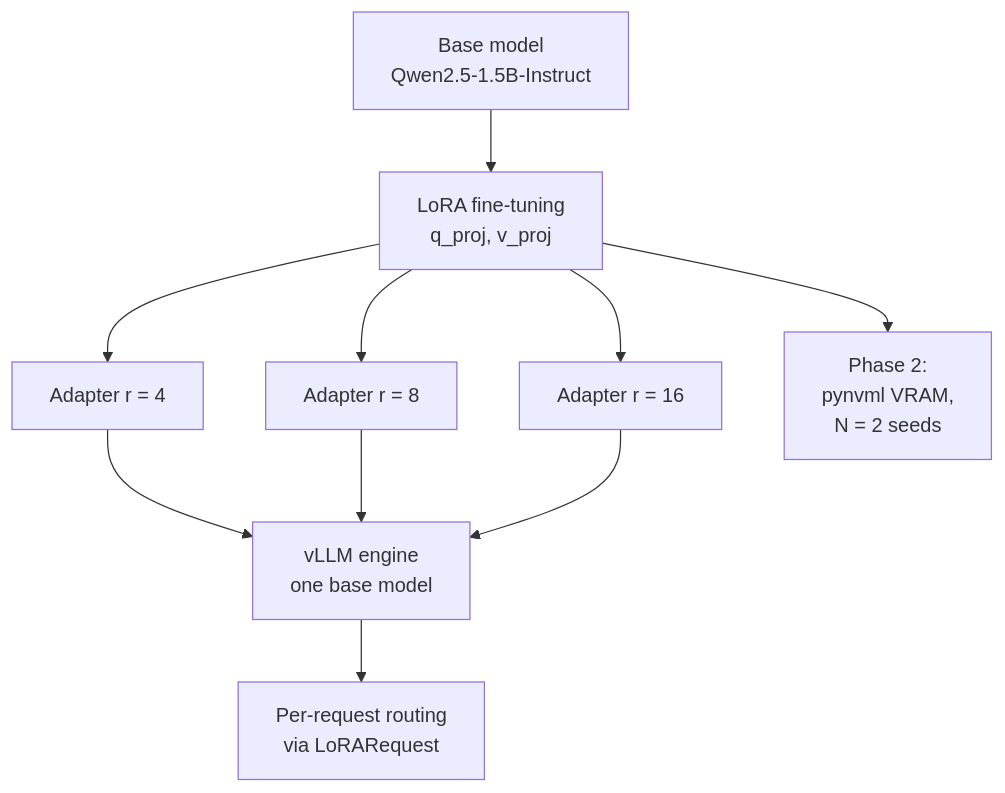
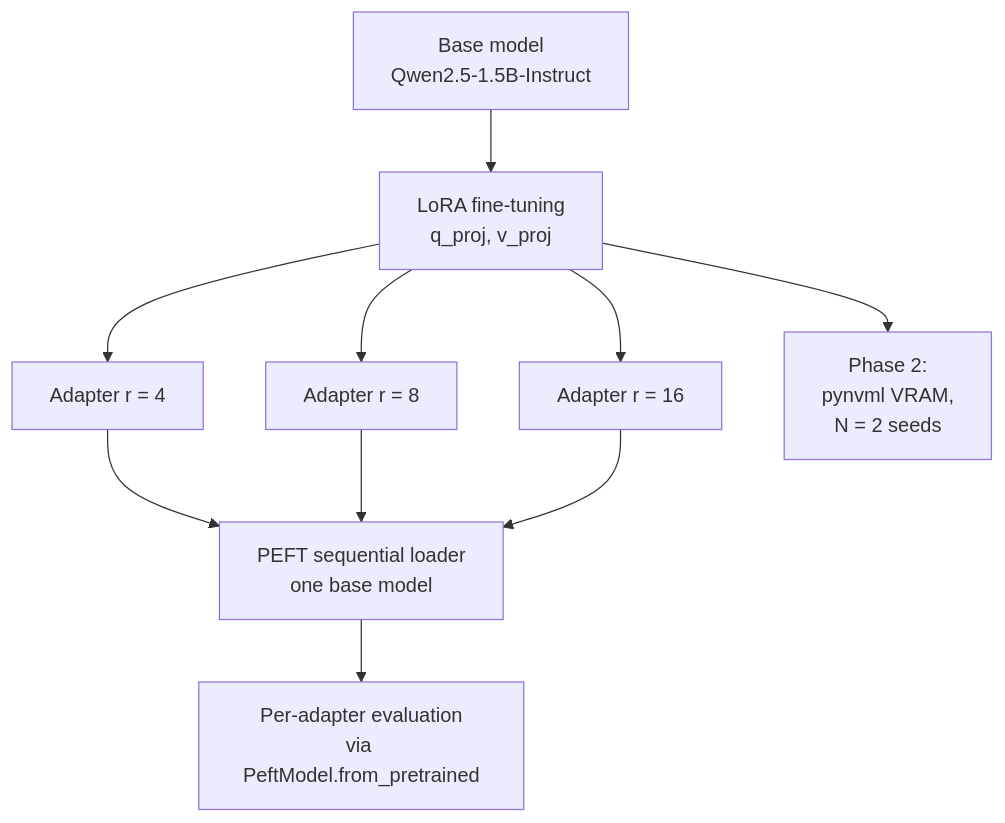
One commit to adriennie/vllm-lora-extension changed the diagram in README.md. Above: the diagram before and after it, drawn with Mermaid. The commit also changed other lines of this file, not shown here.

Commit message:
Update README for multi-adapter evaluation changes

````diff
--- a/README.md
+++ b/README.md
@@ -46,12 +45,12 @@
 ```mermaid
 flowchart TD
     A["Base model<br/>Qwen2.5-1.5B-Instruct"] --> B["LoRA fine-tuning<br/>q_proj, v_proj"]
     B --> C["Adapter r = 4"]
     B --> D["Adapter r = 8"]
     B --> E["Adapter r = 16"]
-    C --> F["vLLM engine<br/>one base model"]
+    C --> F["PEFT sequential loader<br/>one base model"]
     D --> F
     E --> F
-    F --> G["Per-request routing<br/>via LoRARequest"]
+    F --> G["Per-adapter evaluation<br/>via PeftModel.from_pretrained"]
     B --> H["Phase 2:<br/>pynvml VRAM,<br/>N = 2 seeds"]
 ```
````
